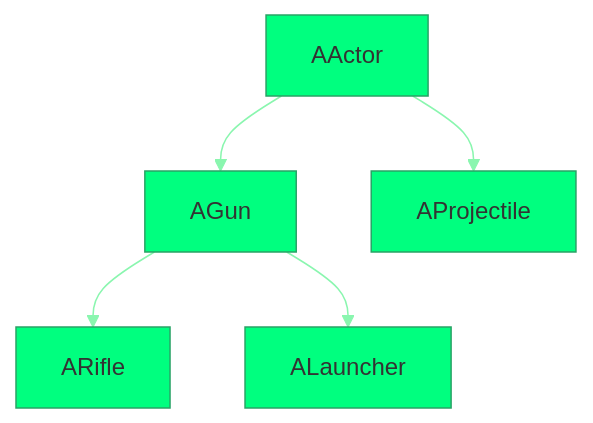
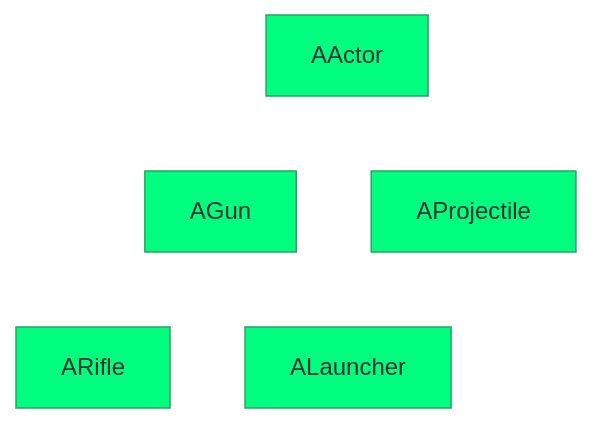
One commit to Mallllo/SimpleShooterRepository changed the first of 2 diagrams in README.md. Above: the diagram before and after it, drawn with Mermaid.

````diff
--- a/README.md
+++ b/README.md
@@ -2,16 +2,16 @@
 ```mermaid
 %%{
   init: {
     'theme': 'base',
     'themeVariables': {
       'primaryColor': '#00ff7f',
-      'lineColor':'#8af6af'
+      'lineColor':'#ffffff'
     }
   }
 }%%
 graph TD;
     AActor-->AGun;
     AGun-->ARifle;
     AGun-->ALauncher;
     AActor-->AProjectile;
 ```
````
